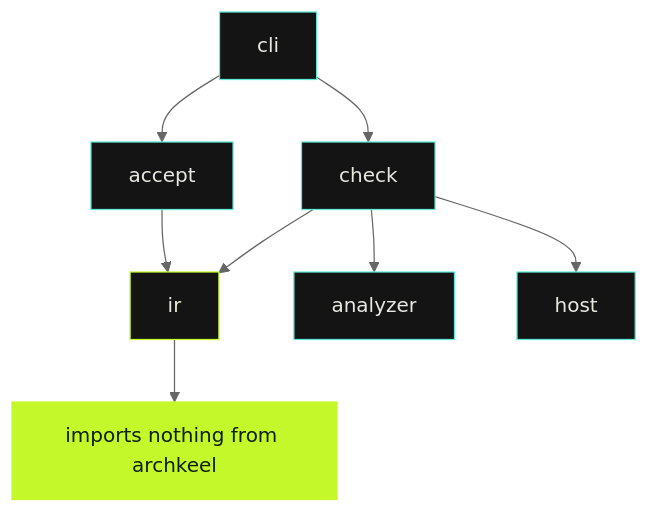
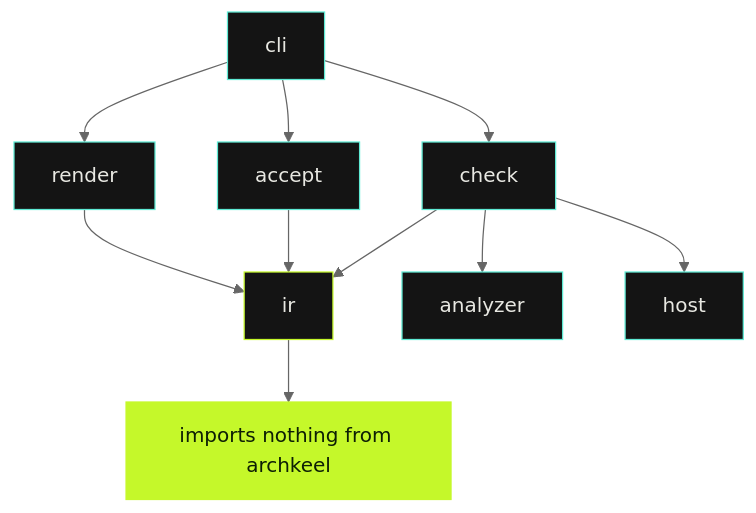
The third of 3 diagrams in README.md (rapiddweller/archkeel), drawn with Mermaid (neutral theme) before and after one commit. The commit also changed 20 other files, not shown here.

````diff
--- a/README.md
+++ b/README.md
@@ -283,18 +283,20 @@
 ```mermaid
 flowchart TB
     CLI["cli"] --> CHECK["check"]
     CLI --> ACCEPT["accept"]
+    CLI --> RENDER["render"]
     CHECK --> IR["ir"]
     CHECK --> PRODUCER["analyzer"]
     CHECK --> HOST["host"]
     ACCEPT --> IR
+    RENDER --> IR
     IR --> RULE["imports nothing from archkeel"]
 
     classDef module fill:#141414,stroke:#5EEAD4,color:#E8E8E2
     classDef core fill:#141414,stroke:#C5F82A,color:#E8E8E2
     classDef invariant fill:#C5F82A,stroke:#C5F82A,color:#0D1F05
 
-    class CLI,CHECK,ACCEPT,PRODUCER,HOST module
+    class CLI,CHECK,ACCEPT,PRODUCER,HOST,RENDER module
     class IR core
     class RULE invariant
 ```
````
